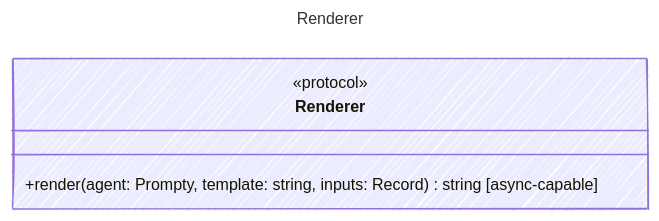
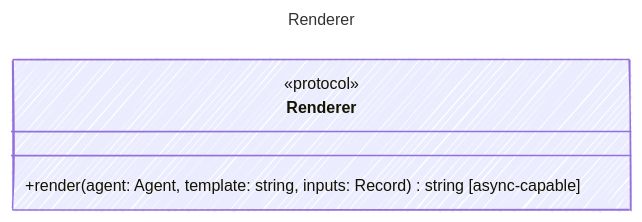
The diagram in web/src/content/docs/reference/Renderer.md (microsoft/prompty), drawn with Mermaid before and after one commit. The commit also changed other lines of this file and 205 other files, not shown here.

````diff
--- a/web/src/content/docs/reference/Renderer.md
+++ b/web/src/content/docs/reference/Renderer.md
@@ -12,15 +12,15 @@
 ```mermaid
 ---
 title: Renderer
 config:
   look: handDrawn
   theme: colorful
   class:
     hideEmptyMembersBox: true
 ---
 classDiagram
     class Renderer {
       <<protocol>>
-        +render(agent: Prompty, template: string, inputs: Record<unknown>) string [async-capable]
+        +render(agent: Agent, template: string, inputs: Record<unknown>) string [async-capable]
     }
 ```
````
